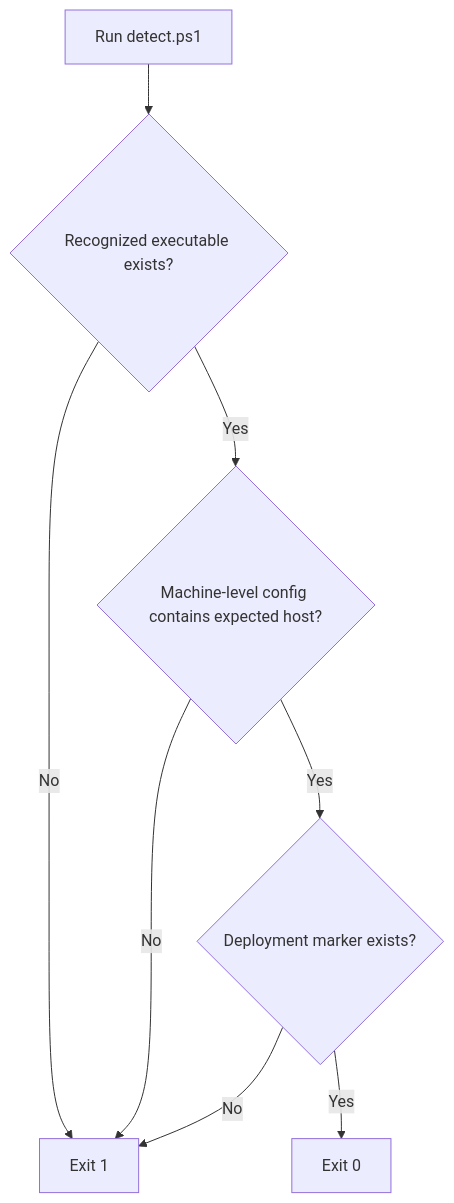
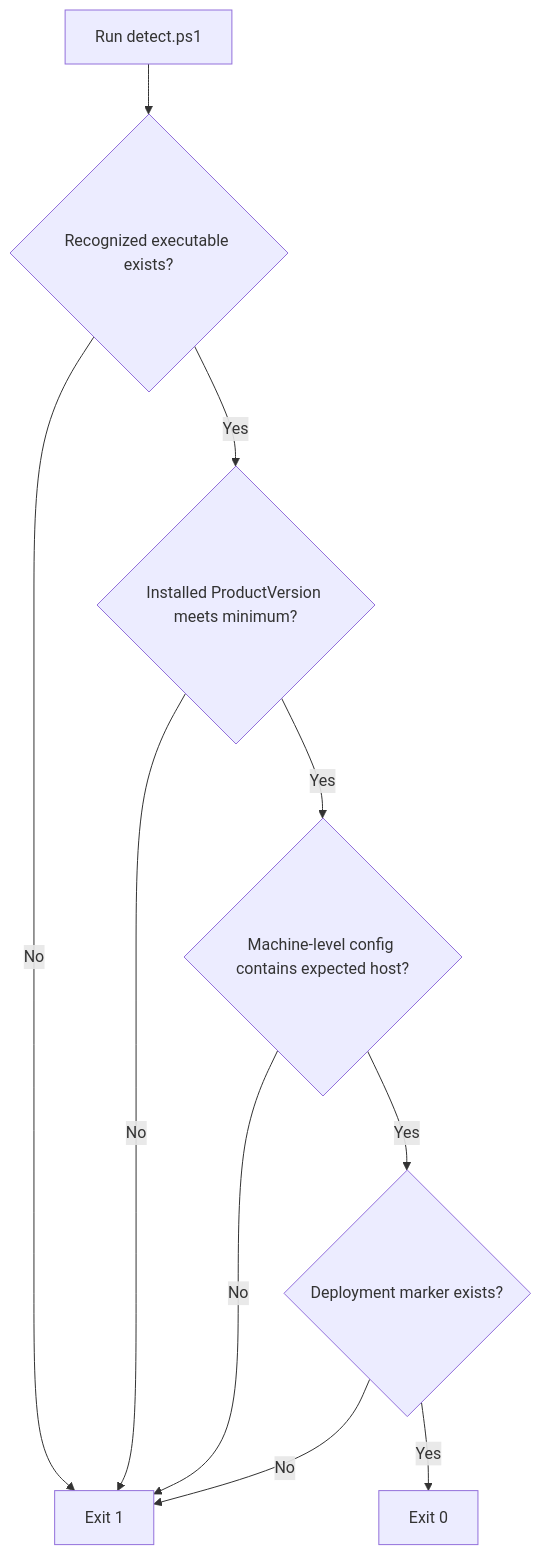
One commit to diogowermann/RustDeskIntuneDeployment changed the fourth of 5 diagrams in docs/en/ARCHITECTURE.md. Above: the diagram before and after it, drawn with Mermaid. The commit also changed other lines of this file and 10 other files, not shown here.

Commit message:
feat: verify installed RustDesk version during Intune deployment (#3)

````diff
--- a/docs/en/ARCHITECTURE.md
+++ b/docs/en/ARCHITECTURE.md
@@ -196,10 +196,12 @@
 ```mermaid
 flowchart TD
     START[Run detect.ps1] --> EXE{Recognized executable exists?}
     EXE -- No --> FAIL[Exit 1]
-    EXE -- Yes --> CONFIG{Machine-level config contains expected host?}
+    EXE -- Yes --> VERSION{Installed ProductVersion meets minimum?}
+    VERSION -- No --> FAIL
+    VERSION -- Yes --> CONFIG{Machine-level config contains expected host?}
     CONFIG -- No --> FAIL
     CONFIG -- Yes --> MARKER{Deployment marker exists?}
     MARKER -- No --> FAIL
     MARKER -- Yes --> SUCCESS[Exit 0]
 ```
````
